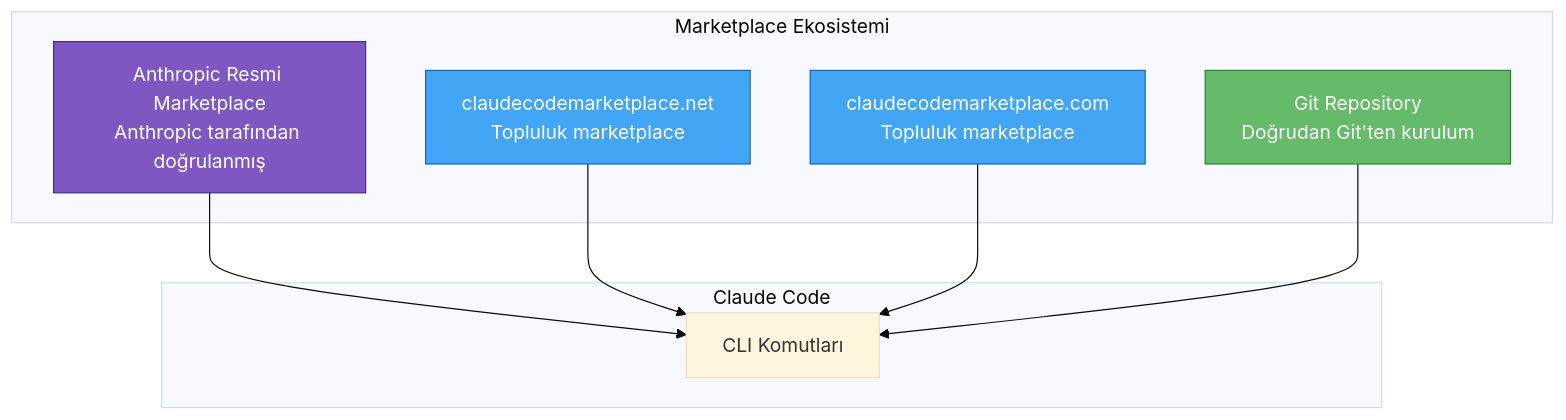
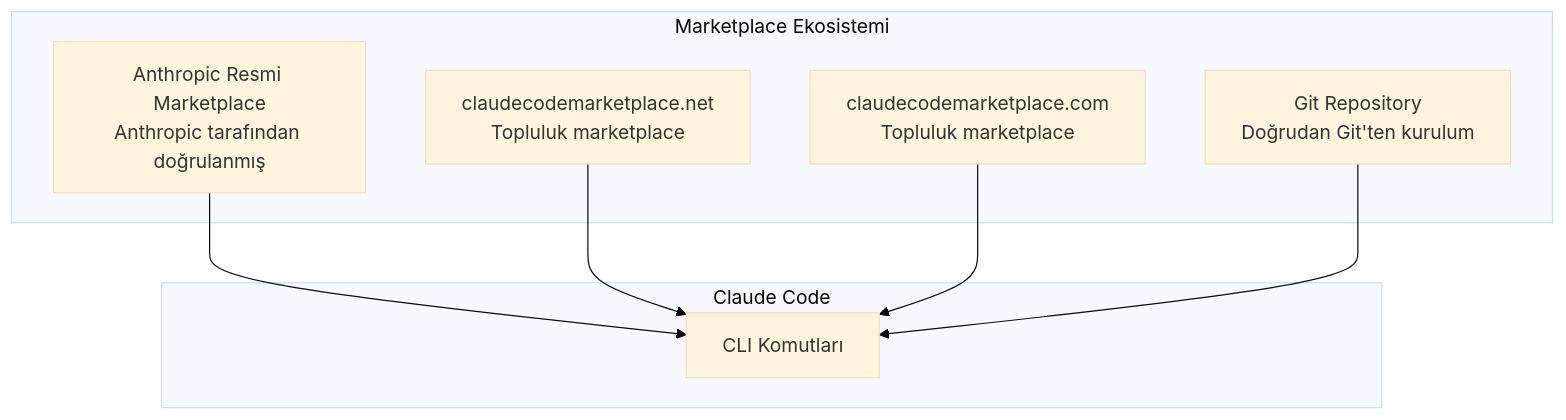
The first of 4 diagrams in 12-skills-ve-pluginler/04-plugin-marketplace.md (IzzetYasinAtes/ClaudeCodeHandbook), drawn with Mermaid (base theme) before and after one commit. The commit also changed other lines of this file and 97 other files, not shown here.

Commit message:
Remove all custom Mermaid style/fill colors from 98 markdown files for consistent dark theme rendering

````diff
--- a/12-skills-ve-pluginler/04-plugin-marketplace.md
+++ b/12-skills-ve-pluginler/04-plugin-marketplace.md
@@ -19,23 +19,19 @@
 ```mermaid
 flowchart TD
     subgraph ecosystem ["Marketplace Ekosistemi"]
         OFFICIAL["Anthropic Resmi Marketplace<br/>Anthropic tarafından doğrulanmış"]
         COMMUNITY1["claudecodemarketplace.net<br/>Topluluk marketplace"]
         COMMUNITY2["claudecodemarketplace.com<br/>Topluluk marketplace"]
         GIT["Git Repository<br/>Doğrudan Git'ten kurulum"]
     end
 
     subgraph claude ["Claude Code"]
         CLI["CLI Komutları"]
     end
 
     OFFICIAL --> CLI
     COMMUNITY1 --> CLI
     COMMUNITY2 --> CLI
     GIT --> CLI
 
-    style OFFICIAL fill:#7e57c2,stroke:#4527a0,color:#fff
-    style COMMUNITY1 fill:#42a5f5,stroke:#1565c0,color:#fff
-    style COMMUNITY2 fill:#42a5f5,stroke:#1565c0,color:#fff
-    style GIT fill:#66bb6a,stroke:#2e7d32,color:#fff
 ```
````
